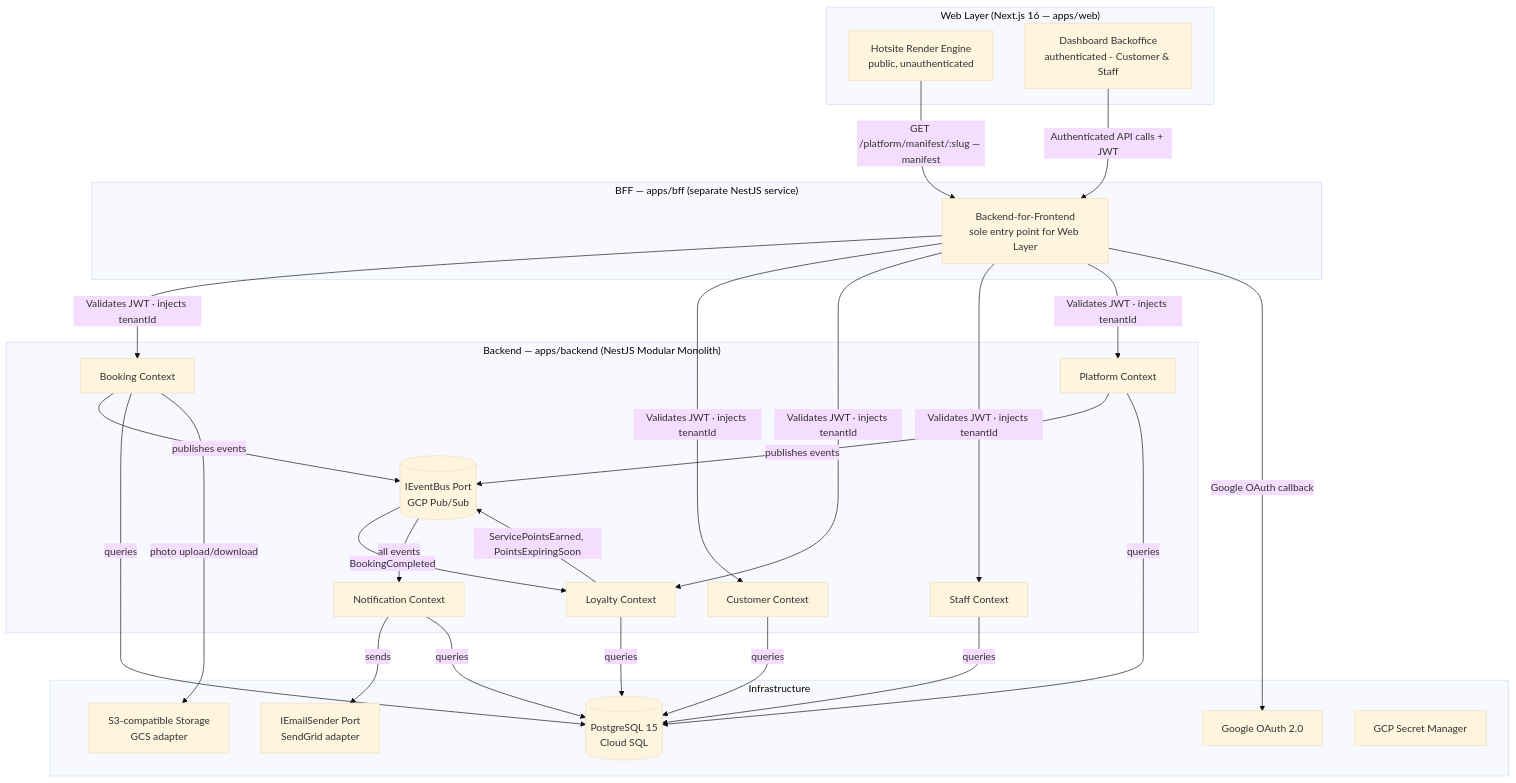
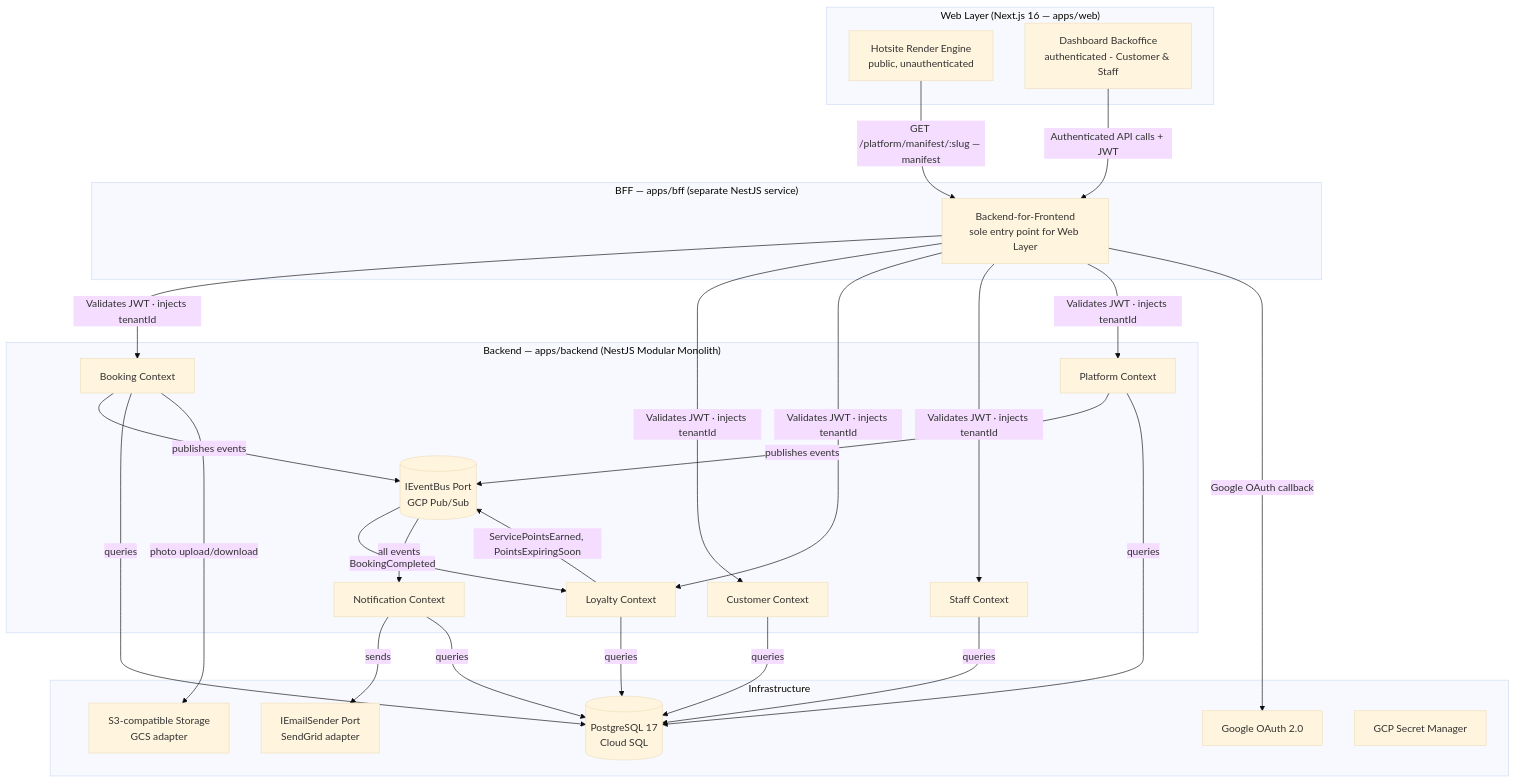
One commit to lmmoreira/ikaro changed the diagram in docs/11-ARCHITECTURE.md. Above: the diagram before and after it, drawn with Mermaid (base theme). The commit also changed 28 other files, not shown here.

First line of the commit message:
feat(infra): Cloud SQL module — PostgreSQL 15, private IP (M17-S13) (#160)

````diff
--- a/docs/11-ARCHITECTURE.md
+++ b/docs/11-ARCHITECTURE.md
@@ -11,46 +11,46 @@
 ```mermaid
 graph TD
     subgraph "Web Layer (Next.js 16 — apps/web)"
         Hotsite[Hotsite Render Engine<br/>public, unauthenticated]
         Dashboard[Dashboard Backoffice<br/>authenticated - Customer & Staff]
     end
 
     subgraph "BFF — apps/bff (separate NestJS service)"
         BFF[Backend-for-Frontend<br/>sole entry point for Web Layer]
     end
 
     subgraph "Backend — apps/backend (NestJS Modular Monolith)"
         BC1[Booking Context]
         BC2[Customer Context]
         BC3[Loyalty Context]
         BC4[Notification Context]
         BC5[Staff Context]
         BC6[Platform Context]
         EB[(IEventBus Port<br/>GCP Pub/Sub)]
     end
 
     subgraph "Infrastructure"
-        DB[(PostgreSQL 15<br/>Cloud SQL)]
+        DB[(PostgreSQL 17<br/>Cloud SQL)]
         OAuth[Google OAuth 2.0]
         Email[IEmailSender Port<br/>SendGrid adapter]
         Storage[S3-compatible Storage<br/>GCS adapter]
         Secrets[GCP Secret Manager]
     end
 
     Hotsite -->|GET /platform/manifest/:slug — manifest| BFF
     Dashboard -->|Authenticated API calls + JWT| BFF
     BFF -->|Validates JWT · injects tenantId| BC1
     BFF -->|Validates JWT · injects tenantId| BC2
     BFF -->|Validates JWT · injects tenantId| BC3
     BFF -->|Validates JWT · injects tenantId| BC5
     BFF -->|Validates JWT · injects tenantId| BC6
     BC1 -->|publishes events| EB
     BC6 -->|publishes events| EB
     EB -->|BookingCompleted| BC3
     EB -->|all events| BC4
     BC3 -->|ServicePointsEarned, PointsExpiringSoon| EB
     BC4 -->|sends| Email
     BC1 & BC2 & BC3 & BC4 & BC5 & BC6 -->|queries| DB
     BFF -->|Google OAuth callback| OAuth
     BC1 -->|photo upload/download| Storage
 ```
````
